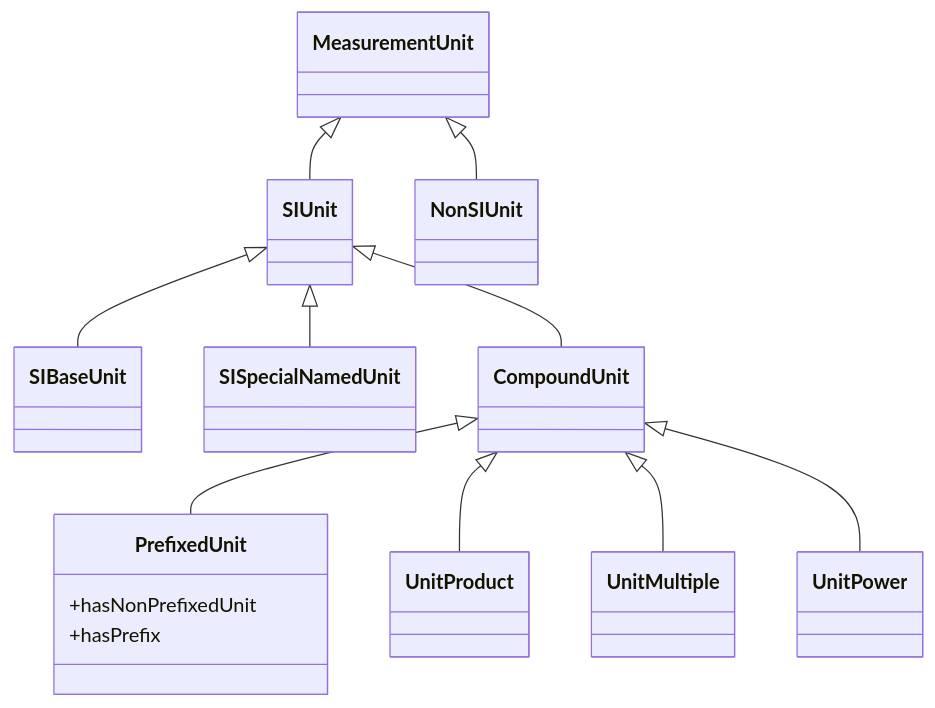
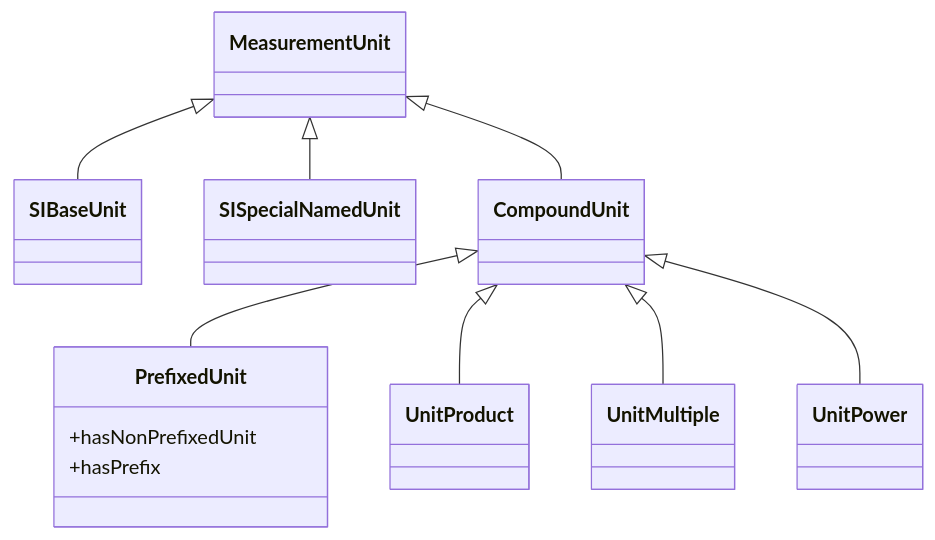
One commit to TheBIPM/SI-Reference-Point-generation-scripts changed the diagram in docs/SI_Reference_Point.md. Above: the diagram before and after it, drawn with Mermaid. The commit also changed other lines of this file, not shown here.

````diff
--- a/docs/SI_Reference_Point.md
+++ b/docs/SI_Reference_Point.md
@@ -5,16 +61,14 @@
 ```mermaid
 classDiagram
-    MeasurementUnit <|-- SIUnit
-    MeasurementUnit <|-- NonSIUnit
-    SIUnit <|-- SIBaseUnit
-    SIUnit <|-- SISpecialNamedUnit
-    SIUnit <|-- CompoundUnit
+    MeasurementUnit <|-- SIBaseUnit
+    MeasurementUnit <|-- SISpecialNamedUnit
+    MeasurementUnit <|-- CompoundUnit
     CompoundUnit <|-- PrefixedUnit
     CompoundUnit <|-- UnitProduct
     CompoundUnit <|-- UnitMultiple
     CompoundUnit <|-- UnitPower
     class PrefixedUnit{
       +hasNonPrefixedUnit
       +hasPrefix
     }
 ```
````
